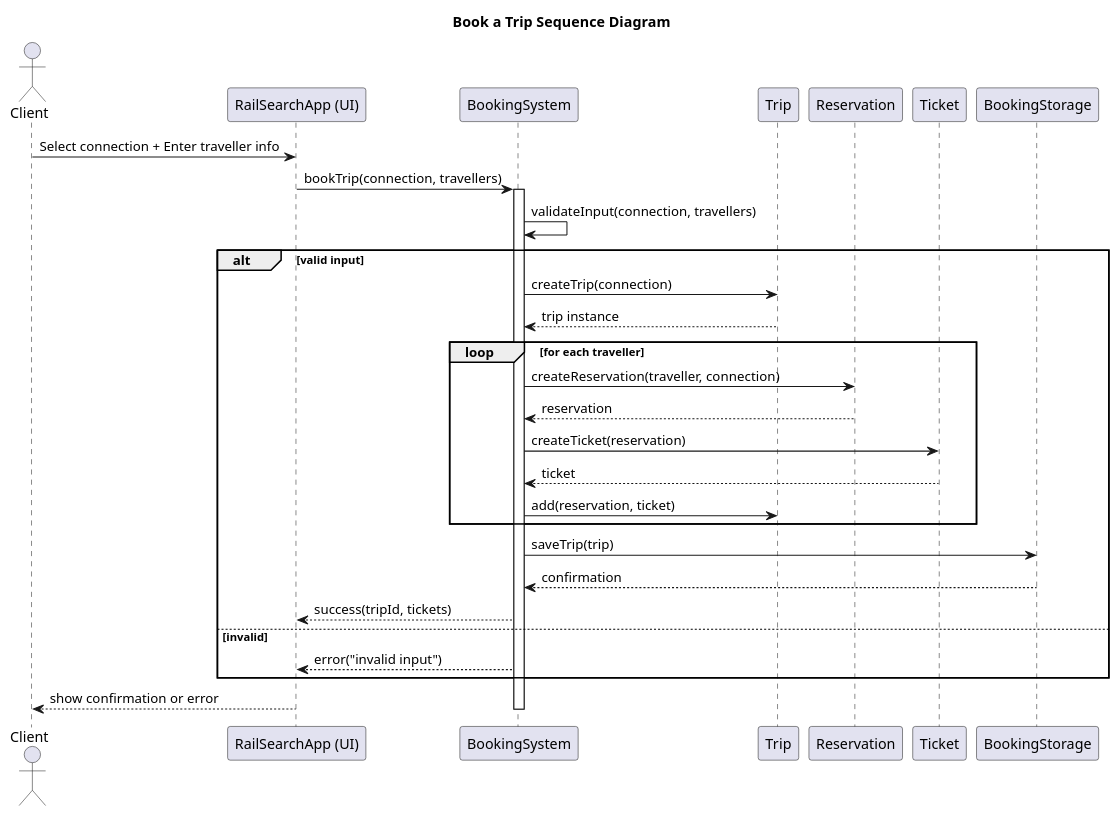
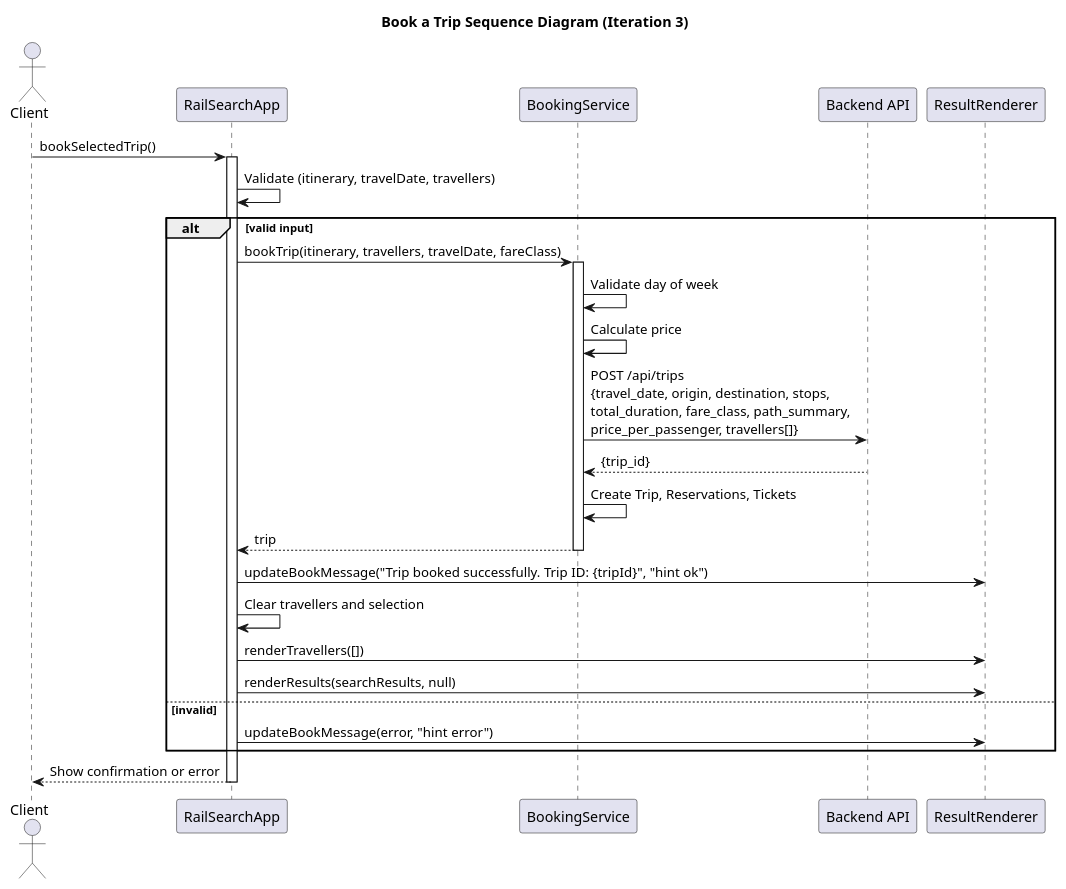
Before and after one commit to nicolas-zampieri/SOEN342: the diagram in docs/PlantUMLCode/bookTrip.puml, drawn with PlantUML. The commit also changed 800 other files, not shown here.

First line of the commit message:
Update system operation diagrams and PlantUML files

```diff
--- a/docs/PlantUMLCode/bookTrip.puml
+++ b/docs/PlantUMLCode/bookTrip.puml
@@ -1,40 +1,40 @@
 @startuml BookTrip
-title Book a Trip Sequence Diagram
+title Book a Trip Sequence Diagram (Iteration 3)
 
 actor Client
-participant "RailSearchApp (UI)" as UI
-participant "BookingSystem" as BS
-participant "Trip"
-participant "Reservation"
-participant "Ticket"
-participant "BookingStorage" as DB
+participant "RailSearchApp" as App
+participant "BookingService" as BookSvc
+participant "Backend API" as API
+participant "ResultRenderer" as R
 
-Client -> UI: Select connection + Enter traveller info
-UI -> BS: bookTrip(connection, travellers)
+Client -> App: bookSelectedTrip()
 
-activate BS
-BS -> BS: validateInput(connection, travellers)
+activate App
+App -> App: Validate (itinerary, travelDate, travellers)
 
 alt valid input
-  BS -> Trip: createTrip(connection)
-  Trip --> BS: trip instance
-
-  loop for each traveller
-    BS -> Reservation: createReservation(traveller, connection)
-    Reservation --> BS: reservation
-    BS -> Ticket: createTicket(reservation)
-    Ticket --> BS: ticket
-    BS -> Trip: add(reservation, ticket)
-  end
-
-  BS -> DB: saveTrip(trip)
-  DB --> BS: confirmation
-
-  BS --> UI: success(tripId, tickets)
+  App -> BookSvc: bookTrip(itinerary, travellers, travelDate, fareClass)
+  
+  activate BookSvc
+  BookSvc -> BookSvc: Validate day of week
+  BookSvc -> BookSvc: Calculate price
+  
+  BookSvc -> API: POST /api/trips\n{travel_date, origin, destination, stops,\ntotal_duration, fare_class, path_summary,\nprice_per_passenger, travellers[]}
+  
+  API --> BookSvc: {trip_id}
+  
+  BookSvc -> BookSvc: Create Trip, Reservations, Tickets
+  BookSvc --> App: trip
+  deactivate BookSvc
+  
+  App -> R: updateBookMessage("Trip booked successfully. Trip ID: {tripId}", "hint ok")
+  App -> App: Clear travellers and selection
+  App -> R: renderTravellers([])
+  App -> R: renderResults(searchResults, null)
 else invalid
-  BS --> UI: error("invalid input")
+  App -> R: updateBookMessage(error, "hint error")
 end
 
-UI --> Client: show confirmation or error
-deactivate BS
+App --> Client: Show confirmation or error
+deactivate App
 @enduml
```
